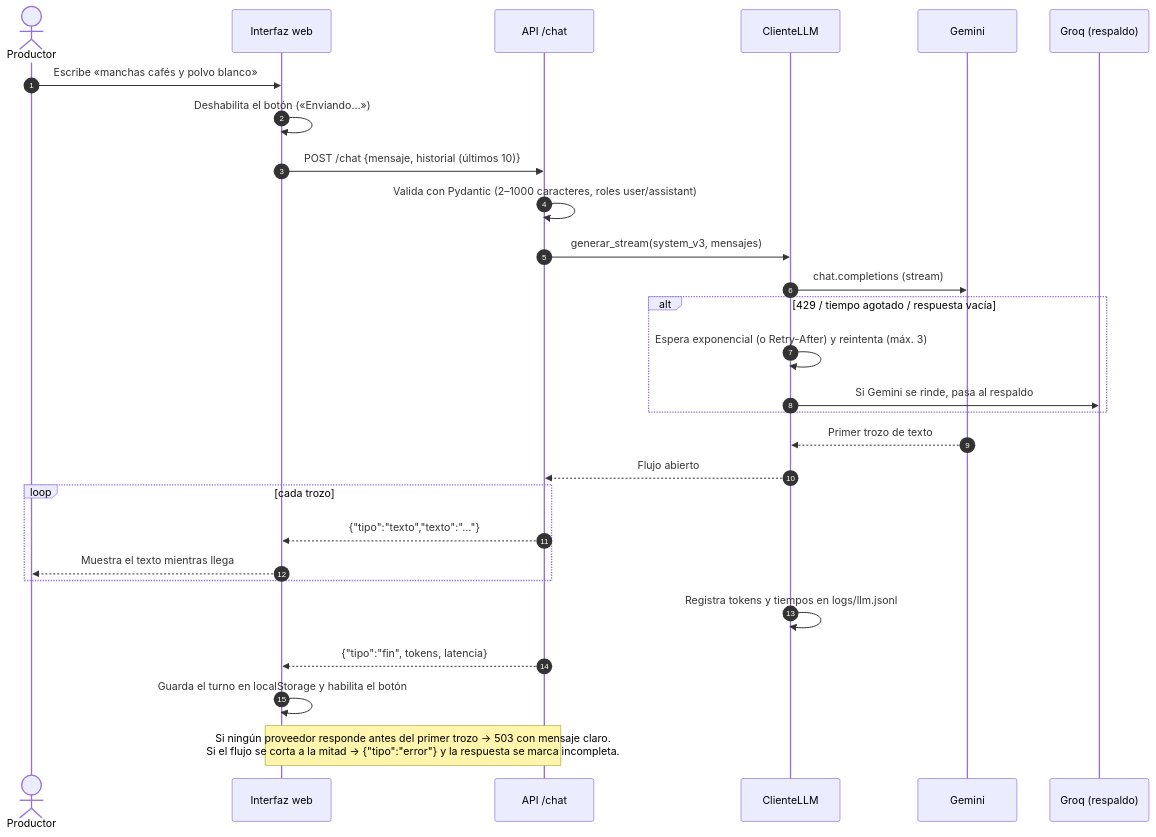
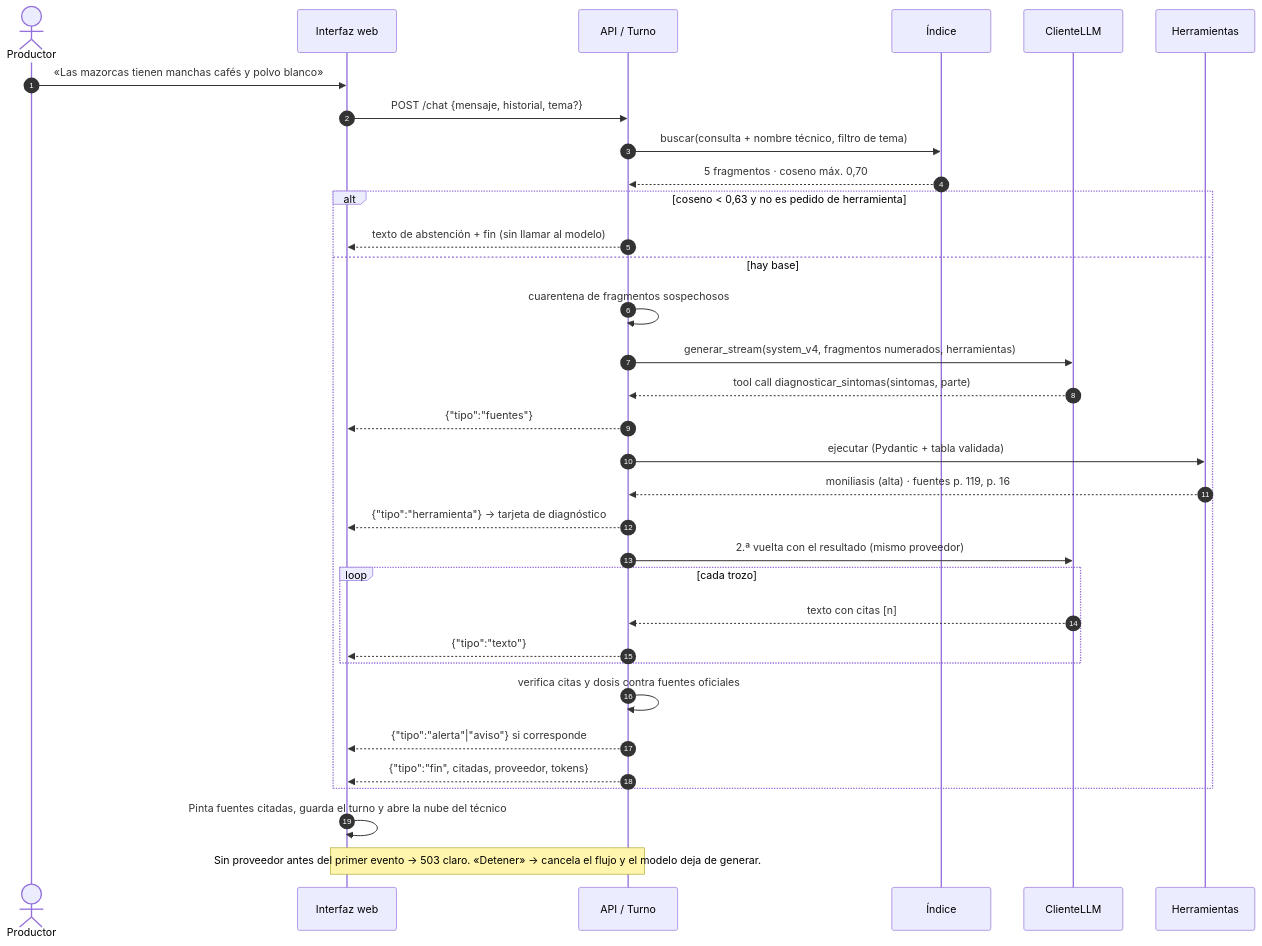
One commit to AokingDev/Asistente_Productores_Cacao changed the fourth of 4 diagrams in docs/03-arquitectura.md. Above: the diagram before and after it, drawn with Mermaid. The commit also changed other lines of this file and 2 other files, not shown here.

Commit message:
feat: actualizar la arquitectura del sistema y agregar decisiones de diseño para la fragmentación y búsqueda híbrida

````diff
--- a/docs/03-arquitectura.md
+++ b/docs/03-arquitectura.md
@@ -105,31 +107,36 @@
 ```mermaid
 sequenceDiagram
     autonumber
     actor P as Productor
     participant W as Interfaz web
-    participant A as API /chat
+    participant A as API / Turno
+    participant I as Índice
     participant L as ClienteLLM
-    participant G as Gemini
-    participant Q as Groq (respaldo)
+    participant H as Herramientas
 
-    P->>W: Escribe «manchas cafés y polvo blanco»
-    W->>W: Deshabilita el botón («Enviando…»)
-    W->>A: POST /chat {mensaje, historial (últimos 10)}
-    A->>A: Valida con Pydantic (2–1000 caracteres, roles user/assistant)
-    A->>L: generar_stream(system_v3, mensajes)
-    L->>G: chat.completions (stream)
-    alt 429 / tiempo agotado / respuesta vacía
-        L->>L: Espera exponencial (o Retry-After) y reintenta (máx. 3)
-        L->>Q: Si Gemini se rinde, pasa al respaldo
+    P->>W: «Las mazorcas tienen manchas cafés y polvo blanco»
+    W->>A: POST /chat {mensaje, historial, tema?}
+    A->>I: buscar(consulta + nombre técnico, filtro de tema)
+    I-->>A: 5 fragmentos · coseno máx. 0,70
+    alt coseno < 0,63 y no es pedido de herramienta
+        A-->>W: texto de abstención + fin (sin llamar al modelo)
+    else hay base
+        A->>A: cuarentena de fragmentos sospechosos
+        A->>L: generar_stream(system_v4, fragmentos numerados, herramientas)
+        L-->>A: tool call diagnosticar_sintomas(sintomas, parte)
+        A-->>W: {"tipo":"fuentes"} 
+        A->>H: ejecutar (Pydantic + tabla validada)
+        H-->>A: moniliasis (alta) · fuentes p. 119, p. 16
+        A-->>W: {"tipo":"herramienta"} → tarjeta de diagnóstico
+        A->>L: 2.ª vuelta con el resultado (mismo proveedor)
+        loop cada trozo
+            L-->>A: texto con citas [n]
+            A-->>W: {"tipo":"texto"}
+        end
+        A->>A: verifica citas y dosis contra fuentes oficiales
+        A-->>W: {"tipo":"alerta"|"aviso"} si corresponde
+        A-->>W: {"tipo":"fin", citadas, proveedor, tokens}
     end
-    G-->>L: Primer trozo de texto
-    L-->>A: Flujo abierto
-    loop cada trozo
-        A-->>W: {"tipo":"texto","texto":"…"}
-        W-->>P: Muestra el texto mientras llega
-    end
-    L->>L: Registra tokens y tiempos en logs/llm.jsonl
-    A-->>W: {"tipo":"fin", tokens, latencia}
-    W->>W: Guarda el turno en localStorage y habilita el botón
-    Note over A,W: Si ningún proveedor responde antes del primer trozo → 503 con mensaje claro.<br/>Si el flujo se corta a la mitad → {"tipo":"error"} y la respuesta se marca incompleta.
+    W->>W: Pinta fuentes citadas, guarda el turno y abre la nube del técnico
+    Note over A,W: Sin proveedor antes del primer evento → 503 claro. «Detener» → cancela el flujo y el modelo deja de generar.
 ```
````
